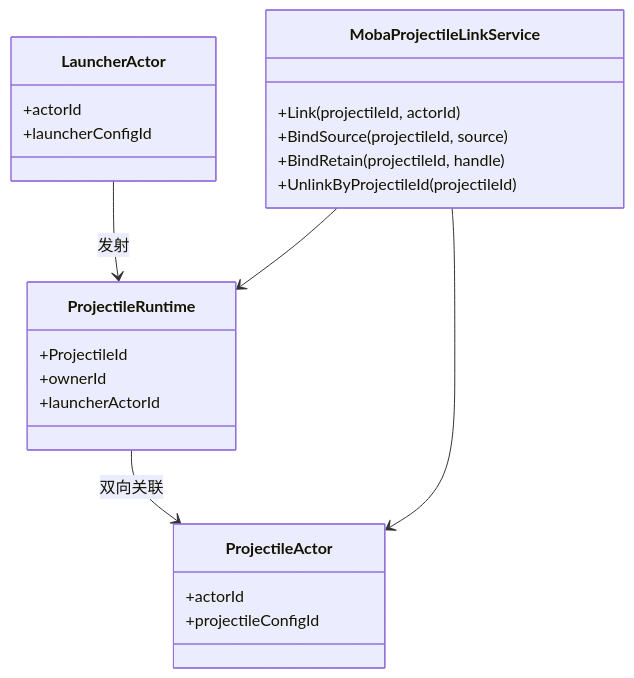
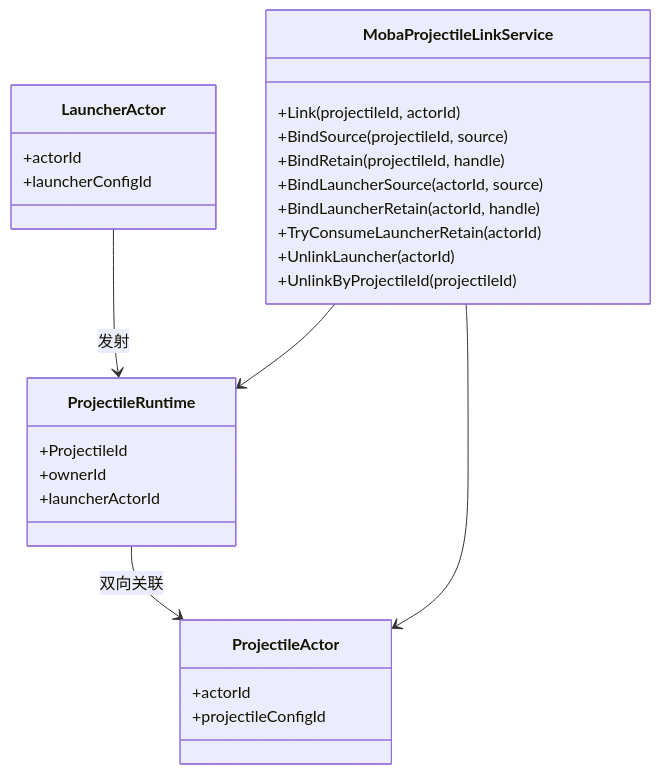
One commit to HOBOBO/AbilityKit changed the third of 5 diagrams in Docs/design/09-ImplementationExamples/MOBA/08-ProjectileDamageDeepDive.md. Above: the diagram before and after it, drawn with Mermaid. The commit also changed other lines of this file and 127 other files, not shown here.

````diff
--- a/Docs/design/09-ImplementationExamples/MOBA/08-ProjectileDamageDeepDive.md
+++ b/Docs/design/09-ImplementationExamples/MOBA/08-ProjectileDamageDeepDive.md
@@ -101,26 +102,30 @@
 ```mermaid
 classDiagram
     class LauncherActor {
         +actorId
         +launcherConfigId
     }
     class ProjectileActor {
         +actorId
         +projectileConfigId
     }
     class ProjectileRuntime {
         +ProjectileId
         +ownerId
         +launcherActorId
     }
     class MobaProjectileLinkService {
         +Link(projectileId, actorId)
         +BindSource(projectileId, source)
         +BindRetain(projectileId, handle)
+        +BindLauncherSource(actorId, source)
+        +BindLauncherRetain(actorId, handle)
+        +TryConsumeLauncherRetain(actorId)
+        +UnlinkLauncher(actorId)
         +UnlinkByProjectileId(projectileId)
     }
     LauncherActor --> ProjectileRuntime : 发射
     ProjectileRuntime --> ProjectileActor : 双向关联
     MobaProjectileLinkService --> ProjectileRuntime
     MobaProjectileLinkService --> ProjectileActor
 ```
````
